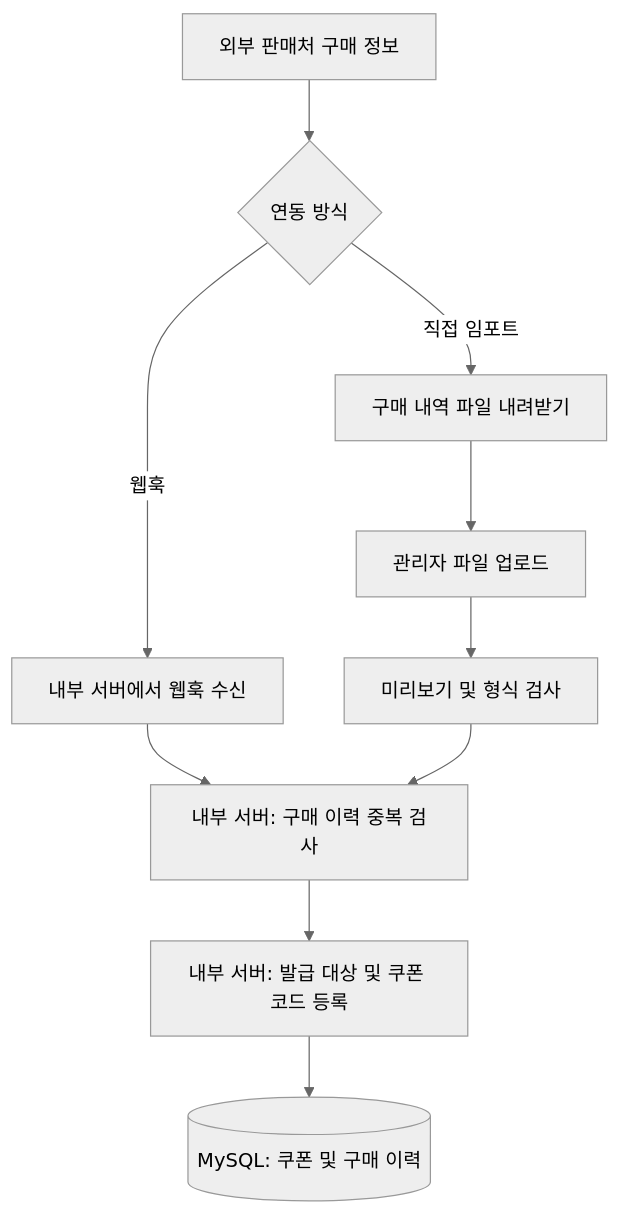
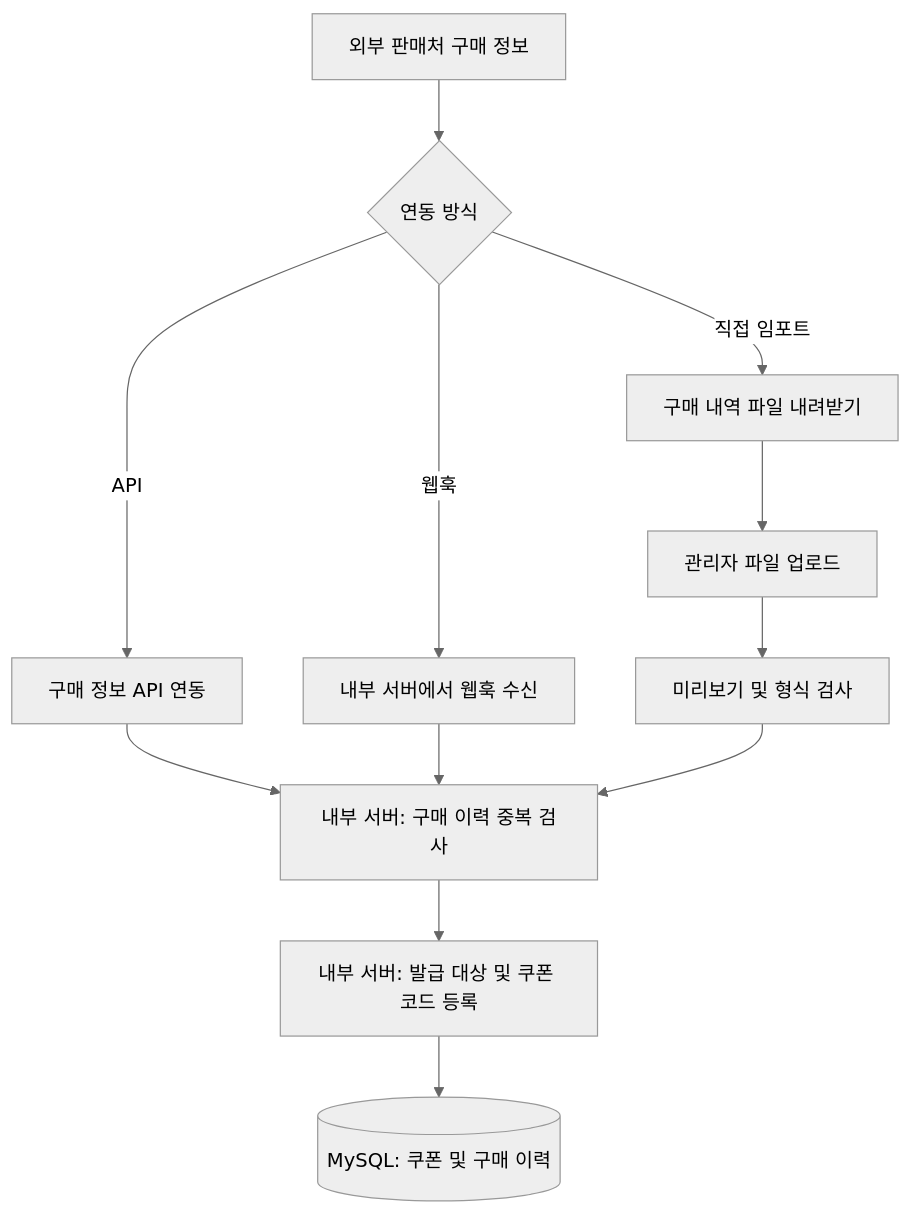
Before and after one commit to KimHG1995/work-history: the second of 4 diagrams in projects/education-services/promotion.md, drawn with Mermaid (neutral theme). The commit also changed other lines of this file, not shown here.

Commit message:
docs: restore coupon intake paths and compact architecture diagrams

````diff
--- a/projects/education-services/promotion.md
+++ b/projects/education-services/promotion.md
@@ -103,12 +103,14 @@
 ```mermaid
 flowchart TB
     partner["외부 판매처 구매 정보"] --> method{"연동 방식"}
+    method -->|API| api["구매 정보 API 연동"]
     method -->|웹훅| webhook["내부 서버에서 웹훅 수신"]
     method -->|직접 임포트| export["구매 내역 파일 내려받기"]
     export --> upload["관리자 파일 업로드"]
     upload --> preview["미리보기 및 형식 검사"]
-    webhook --> validate["내부 서버: 구매 이력 중복 검사"]
+    api --> validate["내부 서버: 구매 이력 중복 검사"]
+    webhook --> validate
     preview --> validate
     validate --> register["내부 서버: 발급 대상 및 쿠폰 코드 등록"]
     register --> db[("MySQL: 쿠폰 및 구매 이력")]
 ```
````
